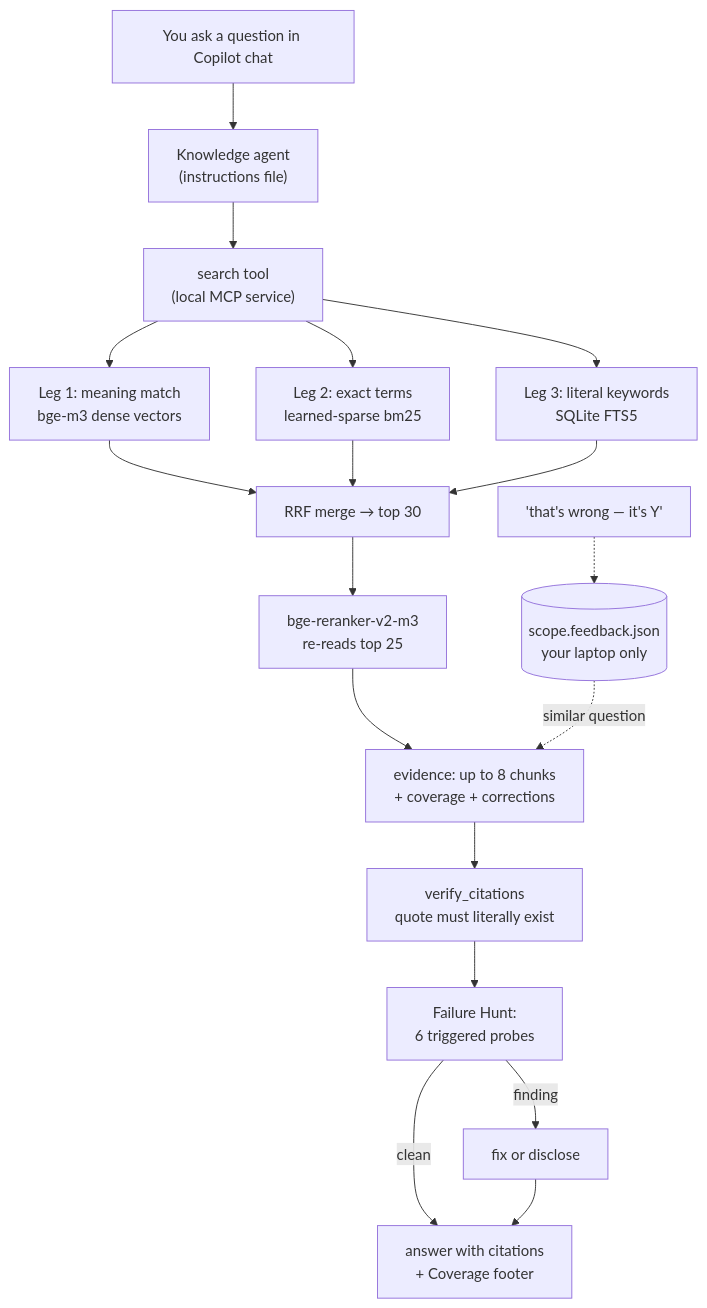
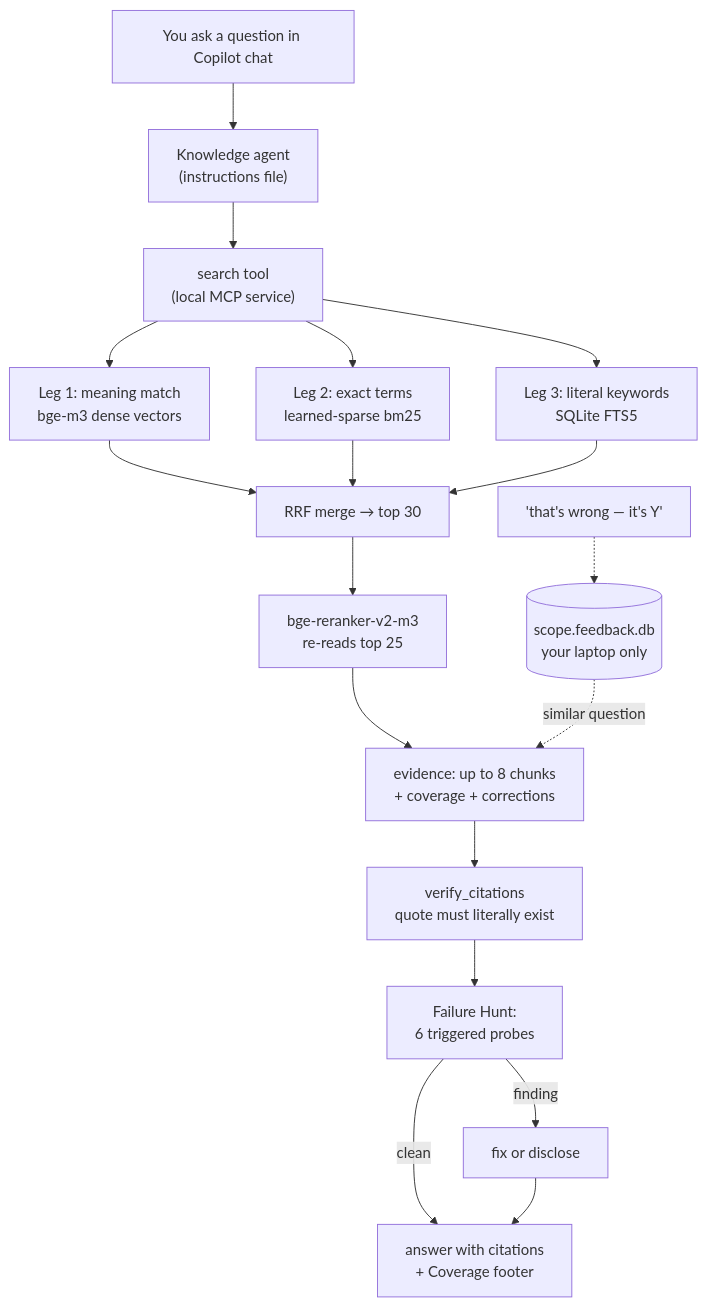
One commit to nkunal1992/agents changed the diagram in docs/knowledge-agent-kt-guide.md. Above: the diagram before and after it, drawn with Mermaid. The commit also changed other lines of this file and 13 other files, not shown here.

````diff
--- a/docs/knowledge-agent-kt-guide.md
+++ b/docs/knowledge-agent-kt-guide.md
@@ -21,18 +21,18 @@
 ```mermaid
 flowchart TD
     Q["You ask a question in Copilot chat"] --> AG["Knowledge agent<br/>(instructions file)"]
     AG --> SE["search tool<br/>(local MCP service)"]
     SE --> D["Leg 1: meaning match<br/>bge-m3 dense vectors"]
     SE --> SP["Leg 2: exact terms<br/>learned-sparse bm25"]
     SE --> FT["Leg 3: literal keywords<br/>SQLite FTS5"]
     D & SP & FT --> FU["RRF merge → top 30"]
     FU --> RR["bge-reranker-v2-m3<br/>re-reads top 25"]
     RR --> EV["evidence: up to 8 chunks<br/>+ coverage + corrections"]
     EV --> VC["verify_citations<br/>quote must literally exist"]
     VC --> FH["Failure Hunt:<br/>6 triggered probes"]
     FH -->|finding| FX["fix or disclose"]
     FH -->|clean| ANS
     FX --> ANS["answer with citations<br/>+ Coverage footer"]
-    C["'that's wrong — it's Y'"] -.-> FB[("scope.feedback.json<br/>your laptop only")]
+    C["'that's wrong — it's Y'"] -.-> FB[("scope.feedback.db<br/>your laptop only")]
     FB -.->|similar question| EV
 ```
````
